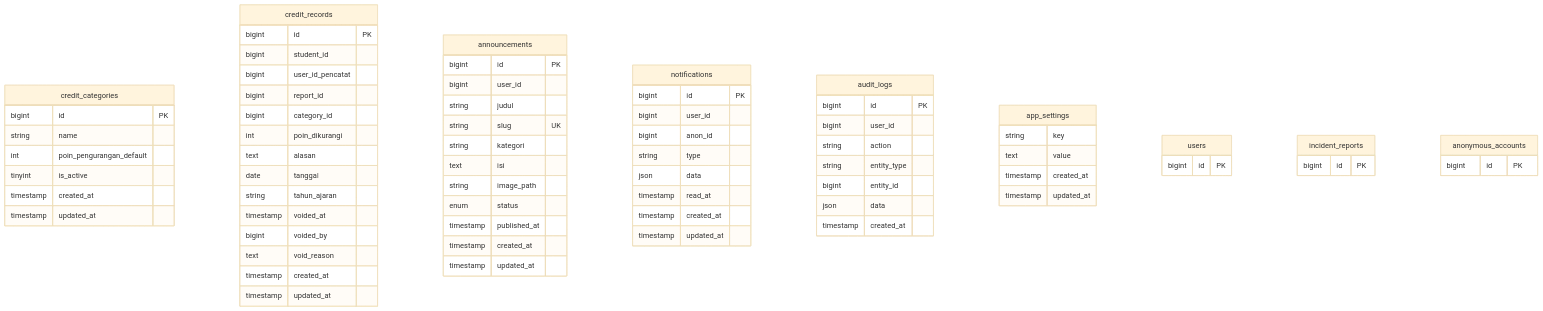
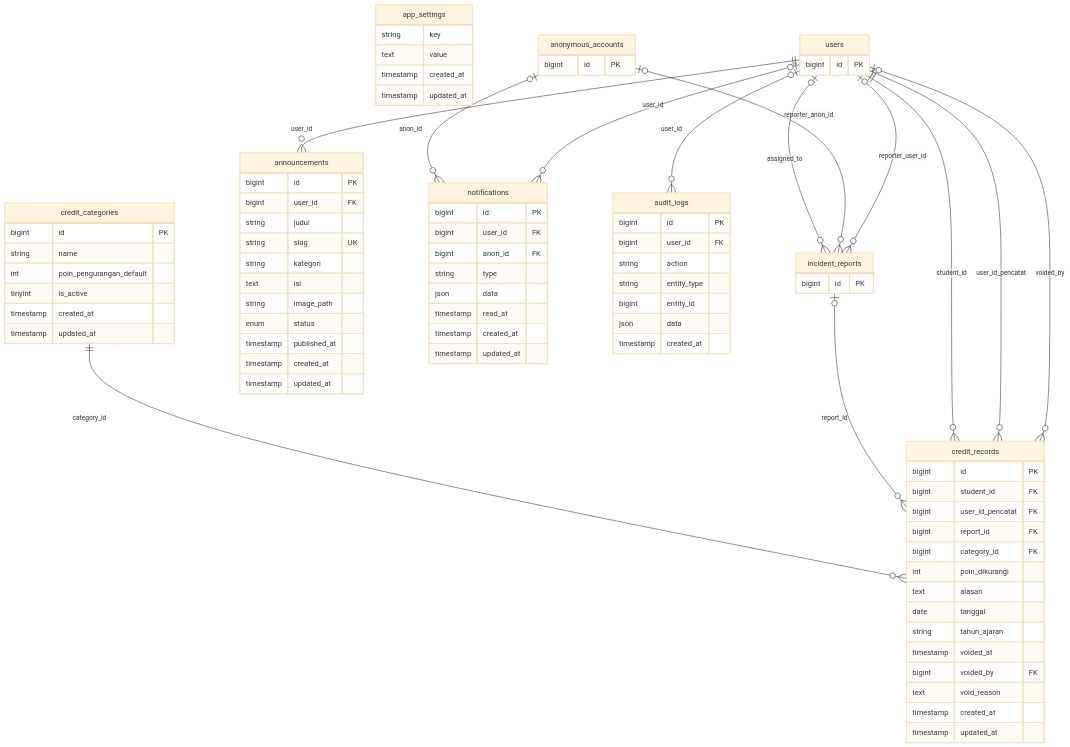
The seventh of 7 diagrams in docs/ERD.md (binailyas/Webdev-itx2026), drawn with Mermaid (base theme) before and after one commit. The commit also changed other lines of this file and 3 other files, not shown here.

Commit message:
docs: panduan pindah database ruang_dengar, ERD diperbarui

````diff
--- a/docs/ERD.md
+++ b/docs/ERD.md
@@ -349,23 +433,23 @@
     }
     credit_records {
         bigint id PK
-        bigint student_id
-        bigint user_id_pencatat
-        bigint report_id
-        bigint category_id
+        bigint student_id FK
+        bigint user_id_pencatat FK
+        bigint report_id FK
+        bigint category_id FK
         int poin_dikurangi
         text alasan
         date tanggal
         string tahun_ajaran
         timestamp voided_at
-        bigint voided_by
+        bigint voided_by FK
         text void_reason
         timestamp created_at
         timestamp updated_at
     }
     announcements {
         bigint id PK
-        bigint user_id
+        bigint user_id FK
         string judul
         string slug UK
         string kategori
@@ -378,8 +462,8 @@
     }
     notifications {
         bigint id PK
-        bigint user_id
-        bigint anon_id
+        bigint user_id FK
+        bigint anon_id FK
         string type
         json data
         timestamp read_at
@@ -388,7 +472,7 @@
     }
     audit_logs {
         bigint id PK
-        bigint user_id
+        bigint user_id FK
         string action
         string entity_type
         bigint entity_id
@@ -410,4 +494,16 @@
     anonymous_accounts {
         bigint id PK
     }
+    users ||--o{ announcements : "user_id"
+    users |o--o{ audit_logs : "user_id"
+    credit_categories ||--o{ credit_records : "category_id"
+    incident_reports |o--o{ credit_records : "report_id"
+    users ||--o{ credit_records : "student_id"
+    users ||--o{ credit_records : "user_id_pencatat"
+    users |o--o{ credit_records : "voided_by"
+    users |o--o{ incident_reports : "assigned_to"
+    anonymous_accounts |o--o{ incident_reports : "reporter_anon_id"
+    users |o--o{ incident_reports : "reporter_user_id"
+    anonymous_accounts |o--o{ notifications : "anon_id"
+    users |o--o{ notifications : "user_id"
 ```
````
